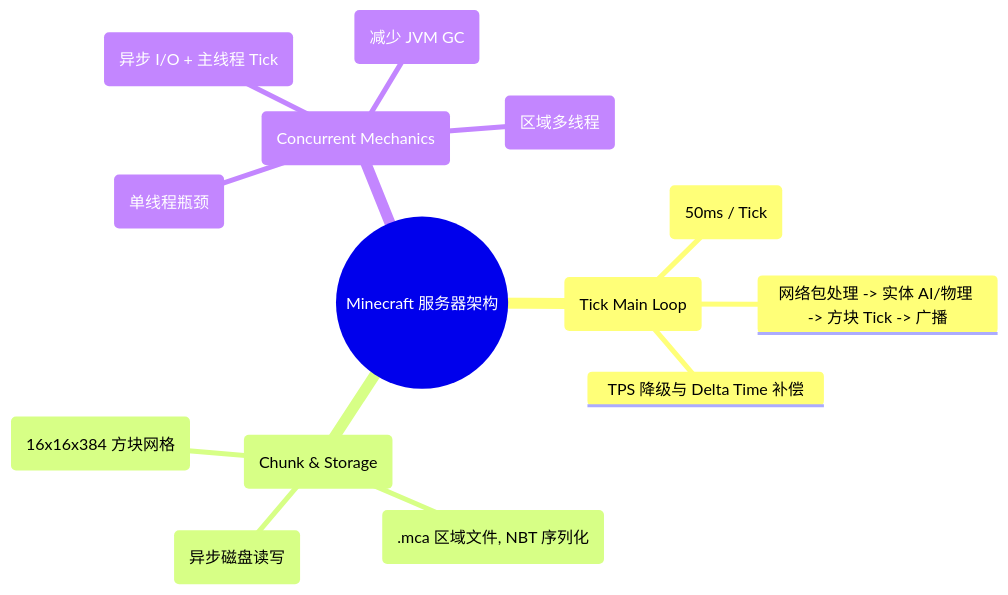
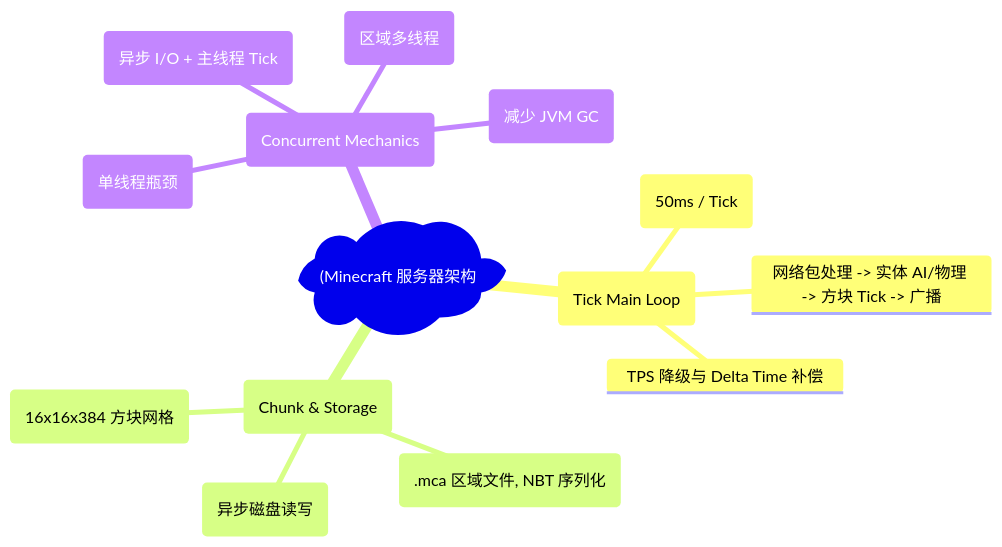
One commit to koosai/AI-Architect-Learning changed the second of 6 diagrams in docs/atlas/minecraft-server.mdx. Above: the diagram before and after it, drawn with Mermaid. The commit also changed other lines of this file and 187 other files, not shown here.

Commit message:
fix(mermaid): fix all unquoted parens and edge label syntax errors across all docs

````diff
--- a/docs/atlas/minecraft-server.mdx
+++ b/docs/atlas/minecraft-server.mdx
@@ -86,17 +86,17 @@
 ```mermaid
 mindmap
-  root((Minecraft 服务器架构))
+  root("(Minecraft 服务器架构"))
     Tick 循环机制 (Tick Main Loop)
       目标 20 TPS (50ms / Tick)
       网络包处理 -> 实体 AI/物理 -> 方块 Tick -> 广播
       TPS 降级与 Delta Time 补偿
     区块与存储系统 (Chunk & Storage)
       Chunk (16x16x384 方块网格)
       Anvil 格式 (.mca 区域文件, NBT 序列化)
       PaperMC Async Chunk I/O (异步磁盘读写)
     多线程并发突破 (Concurrent Mechanics)
       Mojang Vanilla (单线程瓶颈)
-      PaperMC (异步 I/O + 主线程 Tick)
+      PaperMC("异步 I/O + 主线程 Tick")
       Folia Regional Multithreading (区域多线程)
       Off-Heap Direct Memory (减少 JVM GC)
 ```
````
